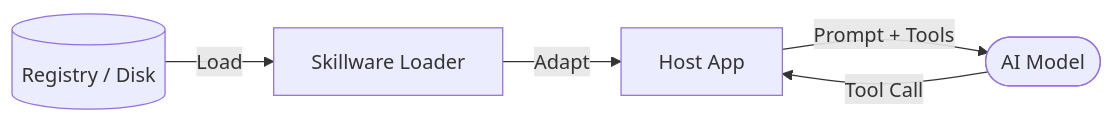
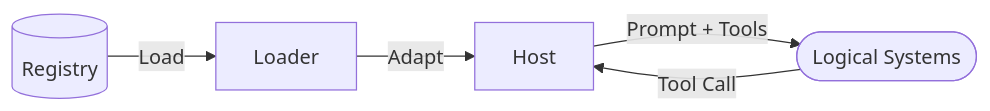
Before and after one commit to rosspeili/skillware: the diagram in README.md, drawn with Mermaid. The commit also changed 3 other files, not shown here.

First line of the commit message:
docs: compact architecture Mermaid diagrams (#221)

````diff
--- a/README.md
+++ b/README.md
@@ -54,7 +54,7 @@
 ```mermaid
 flowchart LR
-    Registry[(Registry / Disk)] -->|Load| Skillware[Skillware Loader]
-    Skillware -->|Adapt| Host[Host App]
-    Host -->|Prompt + Tools| Model([AI Model])
-    Model -->|Tool Call| Host
+    Registry[(Registry)] -->|Load| Loader[Loader]
+    Loader -->|Adapt| Host[Host]
+    Host -->|Prompt + Tools| LogicalSystems([Logical Systems])
+    LogicalSystems -->|Tool Call| Host
 ```
````
